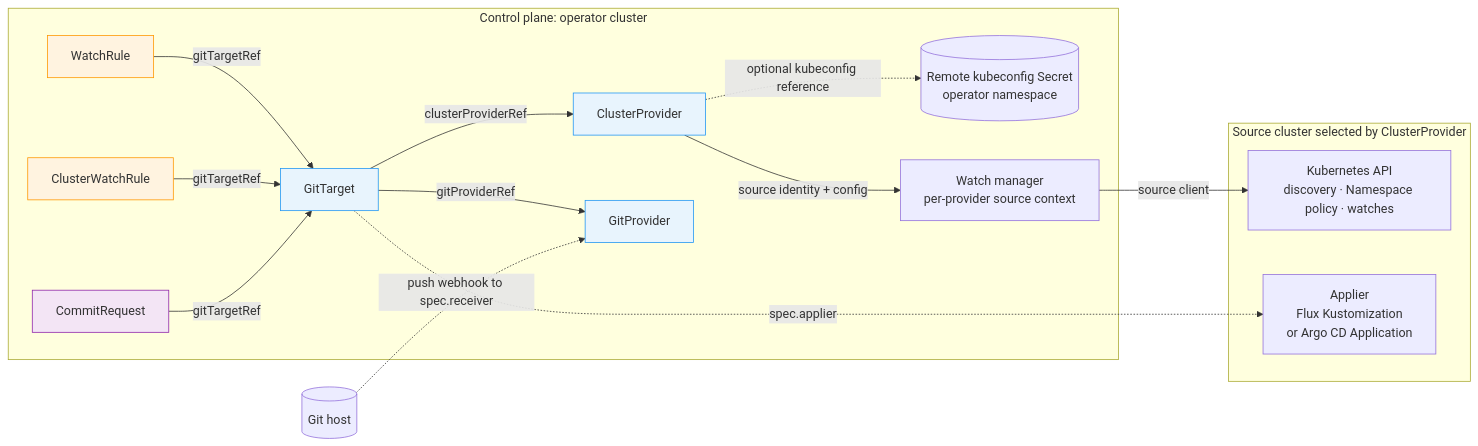
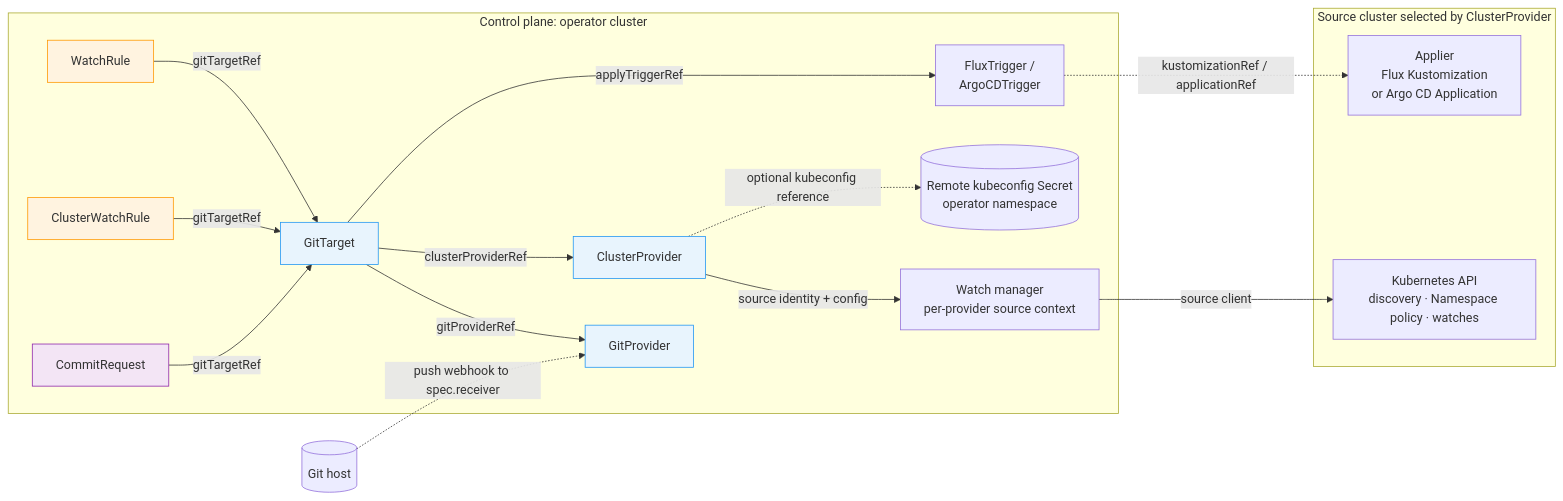
Before and after one commit to ConfigButler/gitops-reverser: the first of 6 diagrams in docs/architecture.md, drawn with Mermaid. The commit also changed other lines of this file and 235 other files, not shown here.

First line of the commit message:
feat(applier): hold the applier, resuming a suspended Kustomization for each apply (#420)

````diff
--- a/docs/architecture.md
+++ b/docs/architecture.md
@@ -261,32 +266,33 @@
 ```mermaid
 graph LR
     subgraph CONTROL["Control plane: operator cluster"]
         WR[WatchRule] -->|gitTargetRef| GT[GitTarget]
         CWR[ClusterWatchRule] -->|gitTargetRef| GT
         CR[CommitRequest] -->|gitTargetRef| GT
+        GT -->|applyTriggerRef| TR["FluxTrigger /\nArgoCDTrigger"]
         GT -->|clusterProviderRef| CP[ClusterProvider]
         GT -->|gitProviderRef| GP[GitProvider]
         KCFG[("Remote kubeconfig Secret\noperator namespace")]
         WM["Watch manager\nper-provider source context"]
     end
 
     subgraph SOURCE["Source cluster selected by ClusterProvider"]
         API["Kubernetes API\ndiscovery · Namespace policy · watches"]
         APPLIER["Applier\nFlux Kustomization\nor Argo CD Application"]
     end
 
     HOST[("Git host")]
 
     CP -. "optional kubeconfig reference" .-> KCFG
     CP -->|"source identity + config"| WM
     WM -->|"source client"| API
-    GT -. "spec.applier" .-> APPLIER
+    TR -. "kustomizationRef / applicationRef" .-> APPLIER
     HOST -. "push webhook to spec.receiver" .-> GP
 
     style GP fill:#e8f4fd,stroke:#2196f3
     style CP fill:#e8f4fd,stroke:#2196f3
     style GT fill:#e8f4fd,stroke:#2196f3
     style WR fill:#fff3e0,stroke:#ff9800
     style CWR fill:#fff3e0,stroke:#ff9800
     style CR fill:#f3e5f5,stroke:#8e24aa
 ```
````
